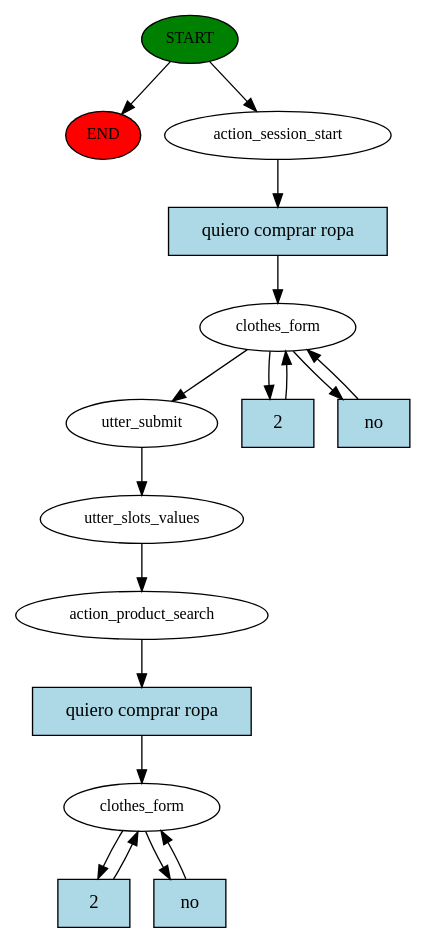
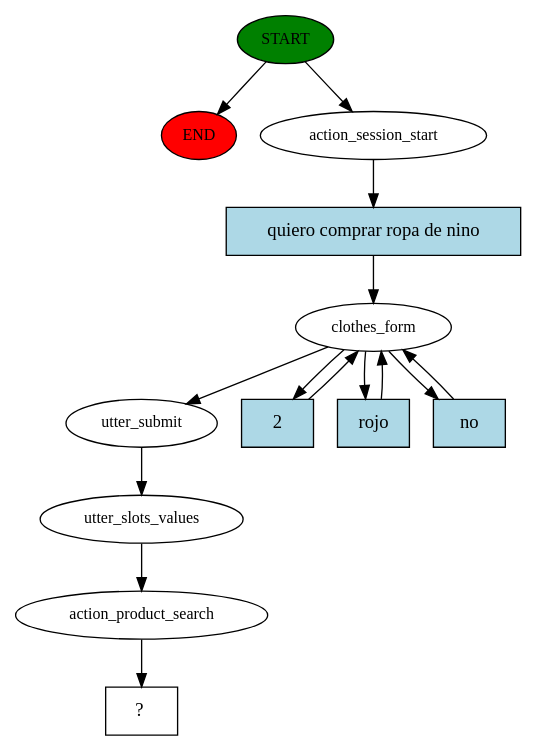
The diagram in chatbot/story_graph.dot (kabirivan/ChatBot-Clothes), drawn with Graphviz before and after one commit. The commit also changed 3 other files, not shown here.

```diff
--- a/chatbot/story_graph.dot
+++ b/chatbot/story_graph.dot
@@ -1,33 +1,28 @@
 digraph  {
 0 [class="start active", fillcolor=green, fontsize=12, label=START, style=filled];
 "-1" [class=end, fillcolor=red, fontsize=12, label=END, style=filled];
 1 [class=active, fontsize=12, label=action_session_start];
 2 [class=active, fontsize=12, label=clothes_form];
-9 [class=active, fontsize=12, label=utter_submit];
-10 [class=active, fontsize=12, label=utter_slots_values];
-11 [class=active, fontsize=12, label=action_product_search];
-12 [class="active dashed", fontsize=12, label=clothes_form];
-19 [class="intent active", fillcolor=lightblue, label="quiero comprar ropa", shape=rect, style=filled];
-20 [class="intent active", fillcolor=lightblue, label=2, shape=rect, style=filled];
-21 [class="intent active", fillcolor=lightblue, label=no, shape=rect, style=filled];
-22 [class="intent active", fillcolor=lightblue, label="quiero comprar ropa", shape=rect, style=filled];
-23 [class="intent active", fillcolor=lightblue, label=2, shape=rect, style=filled];
-24 [class="intent active", fillcolor=lightblue, label=no, shape=rect, style=filled];
+7 [class=active, fontsize=12, label=utter_submit];
+8 [class=active, fontsize=12, label=utter_slots_values];
+9 [class=active, fontsize=12, label=action_product_search];
+10 [class="intent dashed active", label="  ?  ", shape=rect];
+11 [class="intent active", fillcolor=lightblue, label="quiero comprar ropa de nino", shape=rect, style=filled];
+12 [class="intent active", fillcolor=lightblue, label=2, shape=rect, style=filled];
+13 [class="intent active", fillcolor=lightblue, label=rojo, shape=rect, style=filled];
+14 [class="intent active", fillcolor=lightblue, label=no, shape=rect, style=filled];
 0 -> "-1"  [class="", key=NONE, label=""];
 0 -> 1  [class=active, key=NONE, label=""];
-1 -> 19  [class=active, key=0];
-2 -> 9  [class=active, key=NONE, label=""];
-2 -> 20  [class=active, key=0];
-2 -> 21  [class=active, key=0];
+1 -> 11  [class=active, key=0];
+2 -> 7  [class=active, key=NONE, label=""];
+2 -> 12  [class=active, key=0];
+2 -> 13  [class=active, key=0];
+2 -> 14  [class=active, key=0];
+7 -> 8  [class=active, key=NONE, label=""];
+8 -> 9  [class=active, key=NONE, label=""];
 9 -> 10  [class=active, key=NONE, label=""];
-10 -> 11  [class=active, key=NONE, label=""];
-11 -> 22  [class=active, key=0];
-12 -> 23  [class=active, key=0];
-12 -> 24  [class=active, key=0];
-19 -> 2  [class=active, key=0];
-20 -> 2  [class=active, key=0];
-21 -> 2  [class=active, key=0];
-22 -> 12  [class=active, key=0];
-23 -> 12  [class=active, key=0];
-24 -> 12  [class=active, key=0];
+11 -> 2  [class=active, key=0];
+12 -> 2  [class=active, key=0];
+13 -> 2  [class=active, key=0];
+14 -> 2  [class=active, key=0];
 }
```
